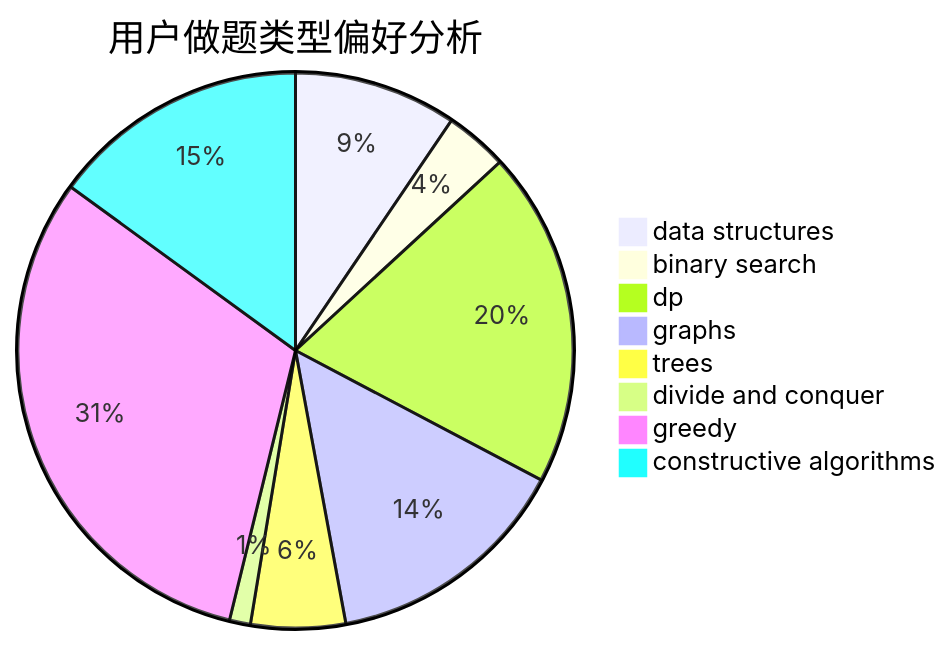
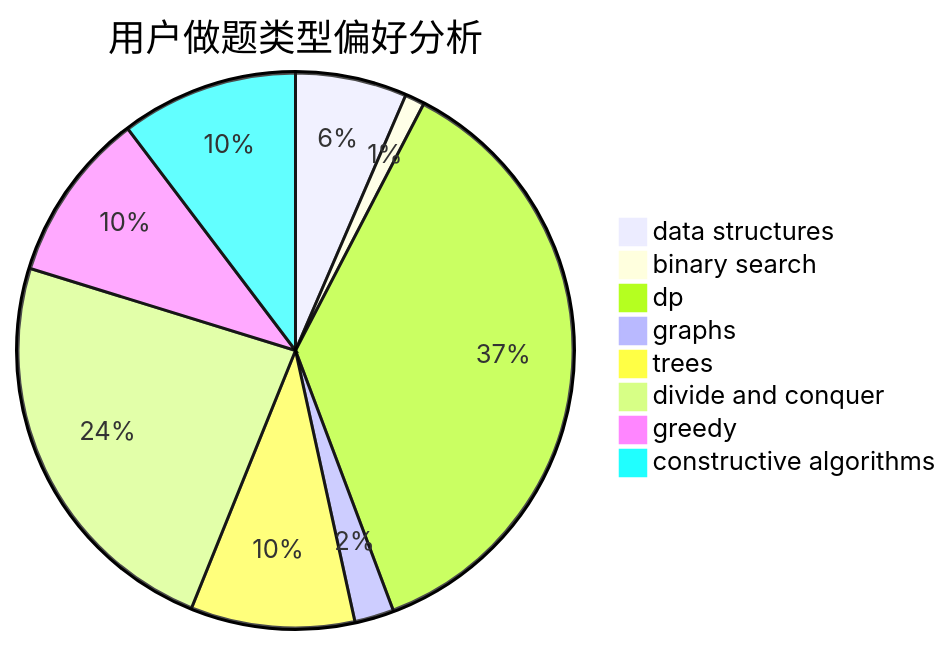
Before and after one commit to sherpahu/cfrs.github.io: the second of 3 diagrams in docs/user/u530.md, drawn with Mermaid. The commit also changed other lines of this file and 2770 other files, not shown here.

````diff
--- a/docs/user/u530.md
+++ b/docs/user/u530.md
@@ -23,11 +23,11 @@
 ```mermaid
 pie title 用户做题类型偏好分析
-    "data structures" :  31
-    "binary search" :  12
-    "dp" :  64
-    "graphs" :  47
-    "trees" :  18
-    "divide and conquer" :  4
-    "greedy" :  102
-    "constructive algorithms" :  49
+    "data structures" :  17
+    "binary search" :  3
+    "dp" :  96
+    "graphs" :  6
+    "trees" :  25
+    "divide and conquer" :  62
+    "greedy" :  26
+    "constructive algorithms" :  27
 ```
````
